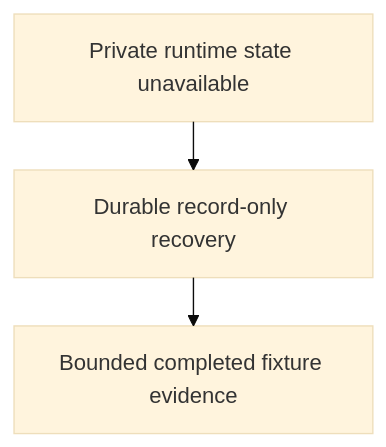
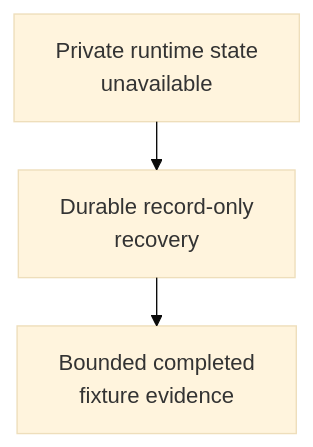
One commit to abstract-business-systems/as-is changed the diagram in validation-fixtures/increment-6-recovery-fixture/as-is.md. Above: the diagram before and after it, drawn with Mermaid (base theme). The commit also changed 47 other files, not shown here.

Commit message:
docs(diagrams): improve Mermaid readability validation

````diff
--- a/validation-fixtures/increment-6-recovery-fixture/as-is.md
+++ b/validation-fixtures/increment-6-recovery-fixture/as-is.md
@@ -16,9 +16,9 @@
 ```mermaid
 ---
 config:
   layout: elk
 ---
 flowchart TB
-    Interruption["Private runtime state unavailable"] --> Recovery["Durable record-only recovery"]
-    Recovery --> Outcome["Bounded completed fixture evidence"]
+    Interruption["Private runtime state<br/>unavailable"] --> Recovery["Durable record-only<br/>recovery"]
+    Recovery --> Outcome["Bounded completed<br/>fixture evidence"]
 ```
````
